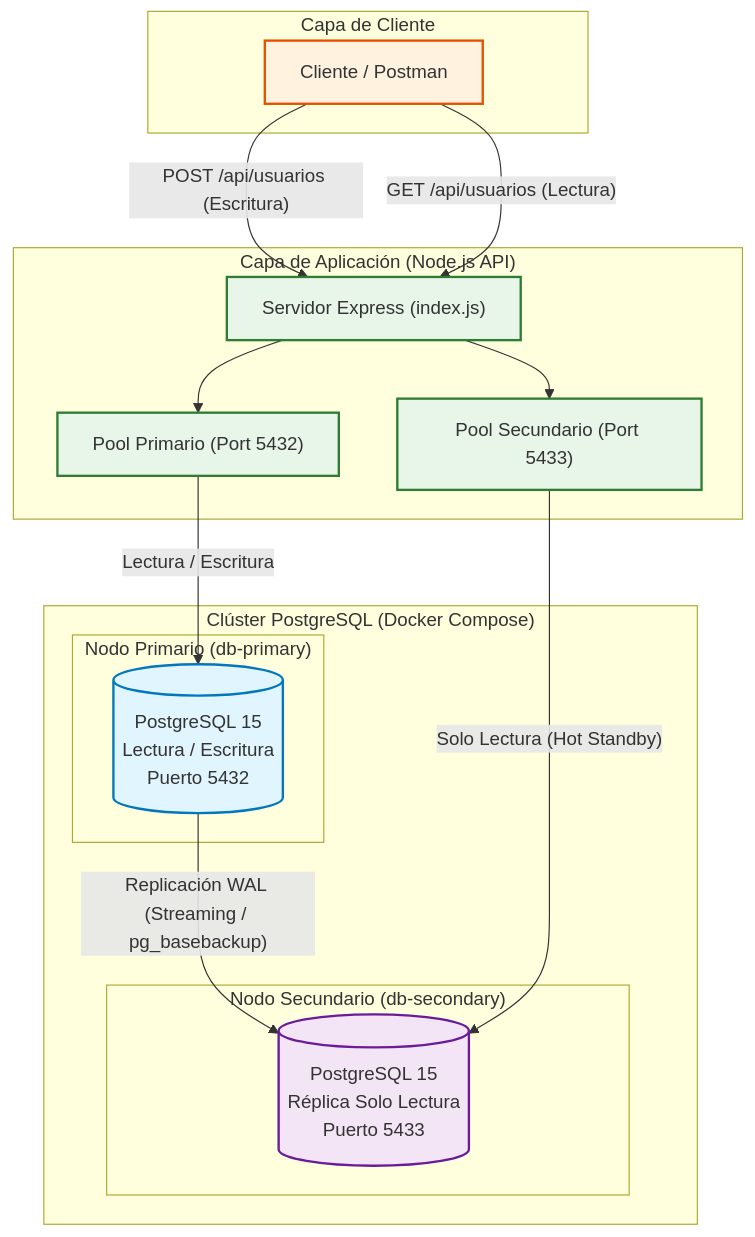
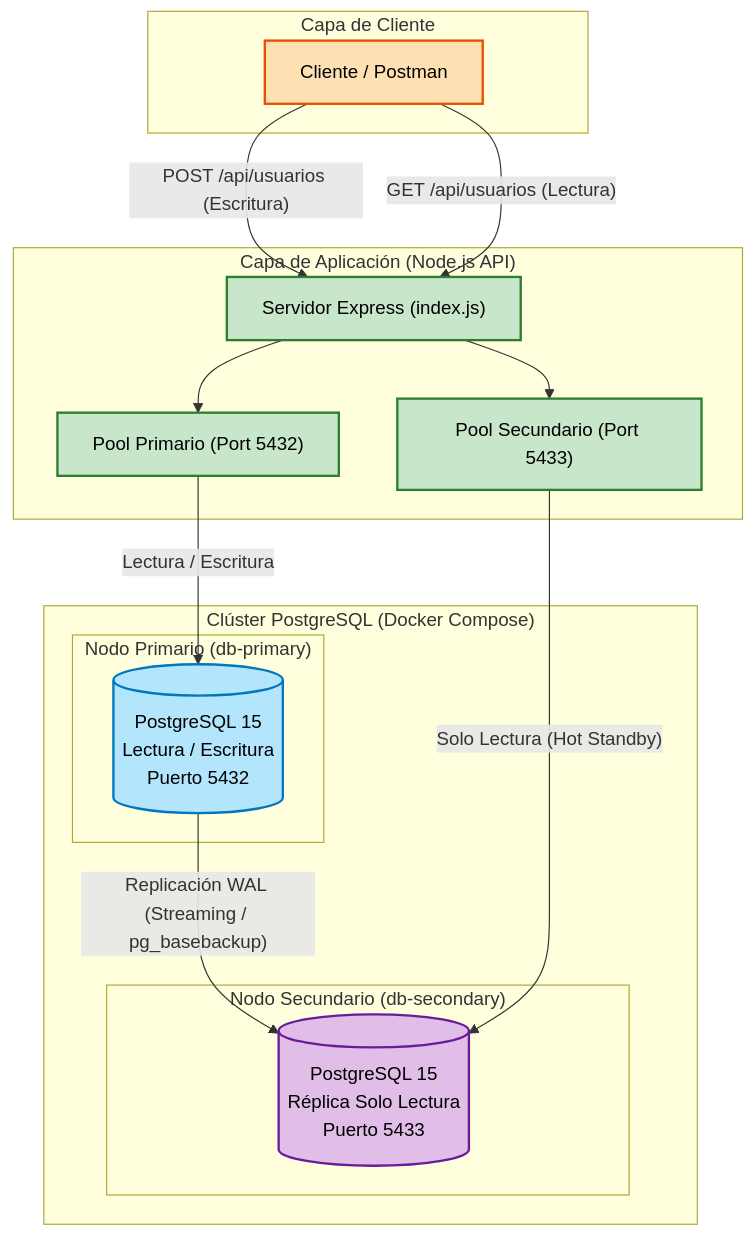
Before and after one commit to ignacionallar/distributed_environments_tps: the diagram in Desarrollo/TP_8/README.md, drawn with Mermaid.

Commit message:
fix estilo de diagrama

````diff
--- a/Desarrollo/TP_8/README.md
+++ b/Desarrollo/TP_8/README.md
@@ -1,45 +1,45 @@
 ```mermaid
 flowchart TD
     subgraph Capa_Cliente ["Capa de Cliente"]
         Cliente["Cliente / Postman"]
     end
 
     subgraph Capa_Aplicacion ["Capa de Aplicación (Node.js API)"]
         Backend["Servidor Express (index.js)"]
         PoolP["Pool Primario (Port 5432)"]
         PoolS["Pool Secundario (Port 5433)"]
         
         Backend --> PoolP
         Backend --> PoolS
     end
 
     subgraph Cluster_Docker ["Clúster PostgreSQL (Docker Compose)"]
         subgraph DB_Primary_Node ["Nodo Primario (db-primary)"]
             DB_Primary[("PostgreSQL 15<br/>Lectura / Escritura<br/>Puerto 5432")]
         end
 
         subgraph DB_Secondary_Node ["Nodo Secundario (db-secondary)"]
             DB_Secondary[("PostgreSQL 15<br/>Réplica Solo Lectura<br/>Puerto 5433")]
         end
 
         DB_Primary -- "Replicación WAL (Streaming / pg_basebackup)" --> DB_Secondary
     end
 
     %% Conexiones
     Cliente -- "POST /api/usuarios (Escritura)" --> Backend
     Cliente -- "GET /api/usuarios (Lectura)" --> Backend
 
     PoolP -- "Lectura / Escritura" --> DB_Primary
     PoolS -- "Solo Lectura (Hot Standby)" --> DB_Secondary
 
-    %% Estilos
-    classDef clientStyle fill:#fff3e0,stroke:#e65100,stroke-width:2px;
-    classDef appStyle fill:#e8f5e9,stroke:#2e7d32,stroke-width:2px;
-    classDef primaryStyle fill:#e1f5fe,stroke:#0277bd,stroke-width:2px;
-    classDef secondaryStyle fill:#f3e5f5,stroke:#6a1b9a,stroke-width:2px;
+    %% Estilos con texto negro explícito (legible en Dark y Light mode)
+    classDef clientStyle fill:#FFE0B2,stroke:#E65100,stroke-width:2px,color:#000000;
+    classDef appStyle fill:#C8E6C9,stroke:#2E7D32,stroke-width:2px,color:#000000;
+    classDef primaryStyle fill:#B3E5FC,stroke:#0277BD,stroke-width:2px,color:#000000;
+    classDef secondaryStyle fill:#E1BEE7,stroke:#6A1B9A,stroke-width:2px,color:#000000;
 
     class Cliente clientStyle;
     class Backend,PoolP,PoolS appStyle;
     class DB_Primary primaryStyle;
     class DB_Secondary secondaryStyle;
 ```
````
